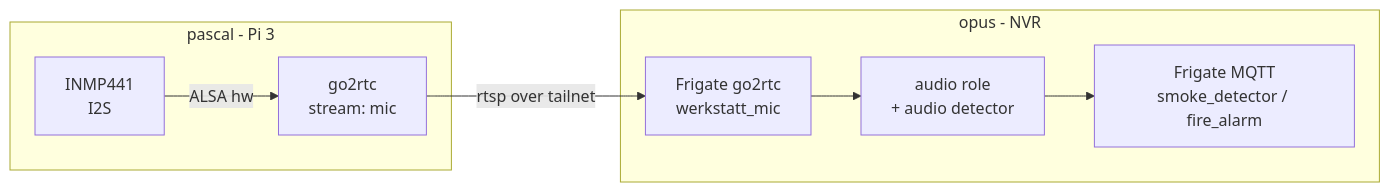
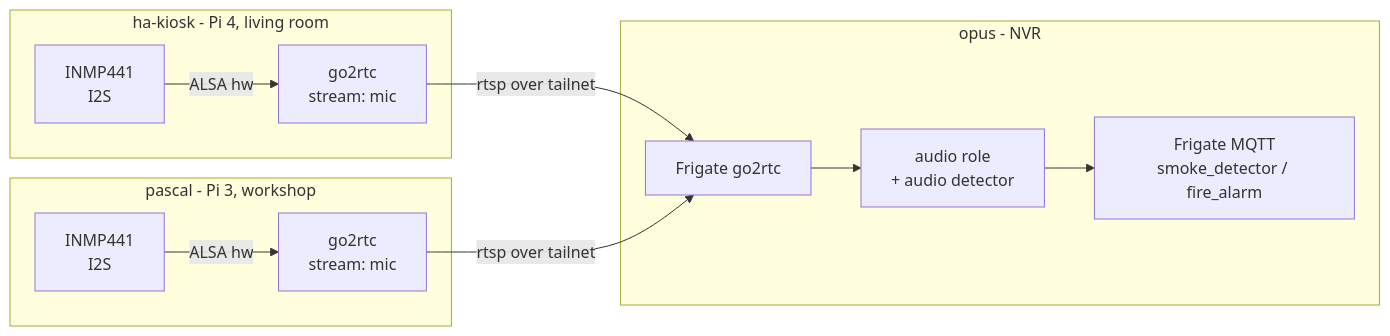
The diagram in docs/smoke-detection-plan.md (uhlig-it/infrastructure), drawn with Mermaid before and after one commit. The commit also changed other lines of this file, not shown here.

First line of the commit message:
plan: ha-kiosk is the first sensor, pascal the second

````diff
--- a/docs/smoke-detection-plan.md
+++ b/docs/smoke-detection-plan.md
@@ -23,11 +23,15 @@
 ```mermaid
 flowchart LR
-    subgraph host [pascal - Pi 3]
-        mic[INMP441<br/>I2S] -->|ALSA hw| g2r[go2rtc<br/>stream: mic]
+    subgraph home [ha-kiosk - Pi 4, living room]
+        hmic[INMP441<br/>I2S] -->|ALSA hw| hg2r[go2rtc<br/>stream: mic]
+    end
+    subgraph shop [pascal - Pi 3, workshop]
+        pmic[INMP441<br/>I2S] -->|ALSA hw| pg2r[go2rtc<br/>stream: mic]
     end
     subgraph opus [opus - NVR]
-        fg2r[Frigate go2rtc<br/>werkstatt_mic] --> ad[audio role<br/>+ audio detector]
+        fg2r[Frigate go2rtc] --> ad[audio role<br/>+ audio detector]
         ad --> mqtt[Frigate MQTT<br/>smoke_detector / fire_alarm]
     end
-    g2r -->|rtsp over tailnet| fg2r
+    hg2r -->|rtsp over tailnet| fg2r
+    pg2r -->|rtsp over tailnet| fg2r
 ```
````
